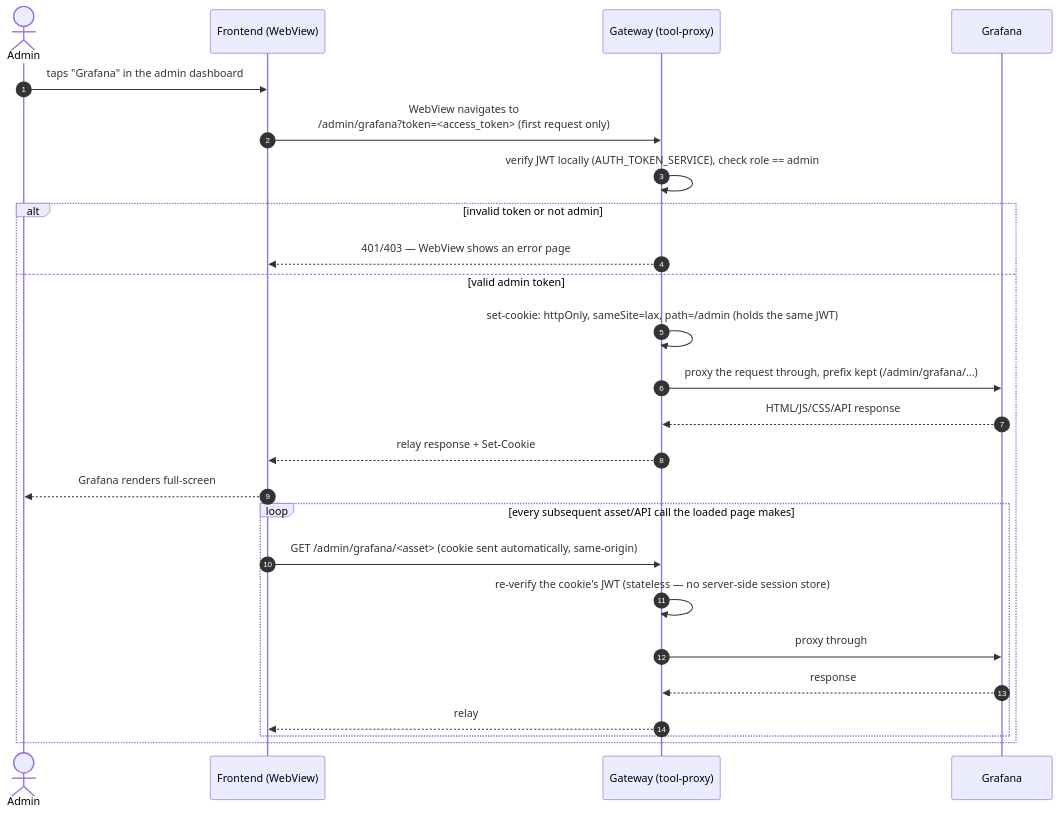
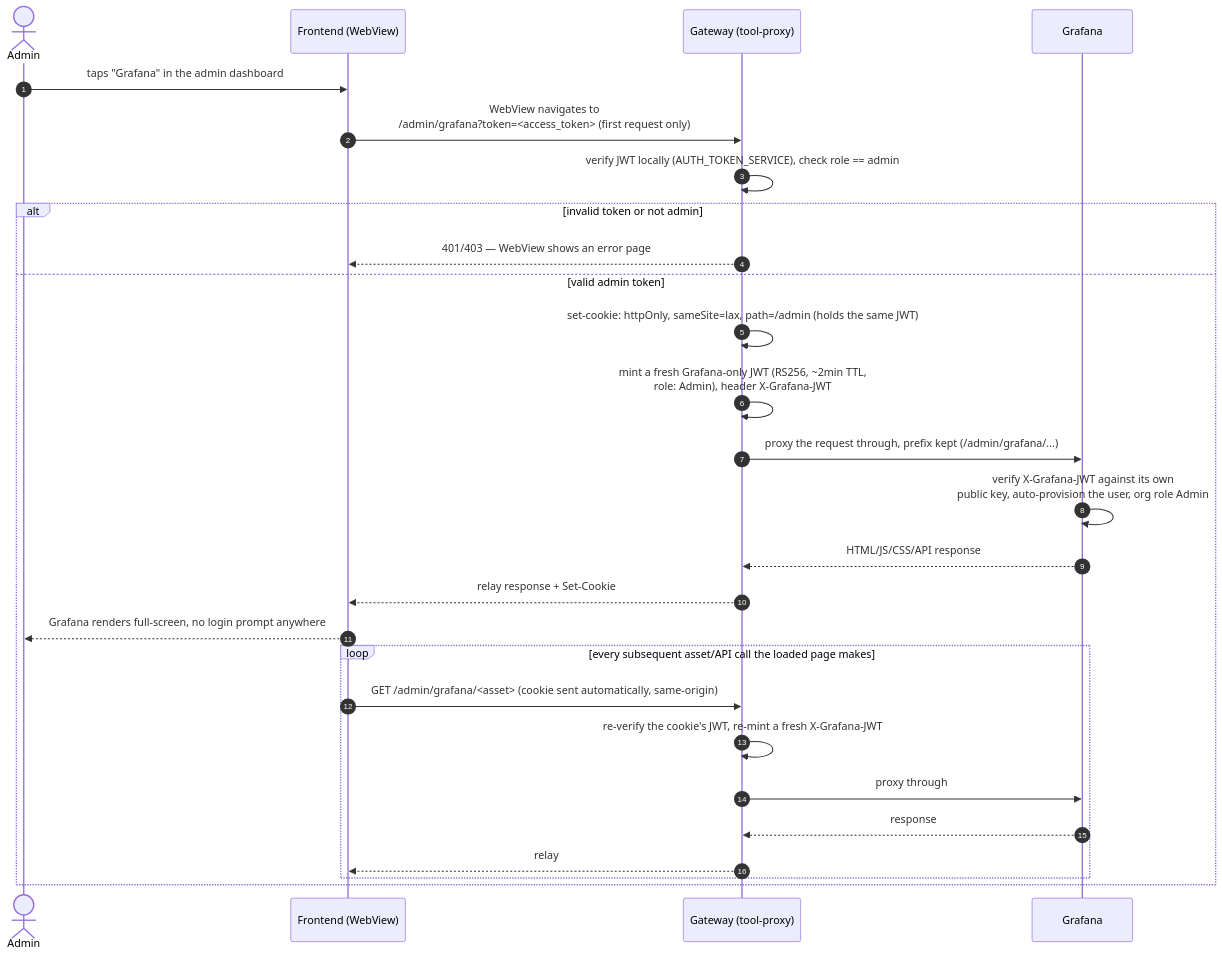
The diagram in docs/diagrams/admin-proxy-sequence.md (LidorElmakaies/ask-my-crawl), drawn with Mermaid before and after one commit. The commit also changed other lines of this file and 67 other files, not shown here.

````diff
--- a/docs/diagrams/admin-proxy-sequence.md
+++ b/docs/diagrams/admin-proxy-sequence.md
@@ -14,30 +14,32 @@
 ```mermaid
 sequenceDiagram
     autonumber
     actor Admin
     participant FE as Frontend (WebView)
     participant GW as Gateway (tool-proxy)
     participant Graf as Grafana
 
     Admin->>FE: taps "Grafana" in the admin dashboard
     FE->>GW: WebView navigates to<br/>/admin/grafana?token=<access_token> (first request only)
     GW->>GW: verify JWT locally (AUTH_TOKEN_SERVICE), check role == admin
 
     alt invalid token or not admin
         GW-->>FE: 401/403 — WebView shows an error page
     else valid admin token
         GW->>GW: set-cookie: httpOnly, sameSite=lax, path=/admin (holds the same JWT)
+        GW->>GW: mint a fresh Grafana-only JWT (RS256, ~2min TTL,<br/>role: Admin), header X-Grafana-JWT
         GW->>Graf: proxy the request through, prefix kept (/admin/grafana/...)
+        Graf->>Graf: verify X-Grafana-JWT against its own<br/>public key, auto-provision the user, org role Admin
         Graf-->>GW: HTML/JS/CSS/API response
         GW-->>FE: relay response + Set-Cookie
-        FE-->>Admin: Grafana renders full-screen
+        FE-->>Admin: Grafana renders full-screen, no login prompt anywhere
 
         loop every subsequent asset/API call the loaded page makes
             FE->>GW: GET /admin/grafana/<asset> (cookie sent automatically, same-origin)
-            GW->>GW: re-verify the cookie's JWT (stateless — no server-side session store)
+            GW->>GW: re-verify the cookie's JWT, re-mint a fresh X-Grafana-JWT
             GW->>Graf: proxy through
             Graf-->>GW: response
             GW-->>FE: relay
         end
     end
 ```
````
